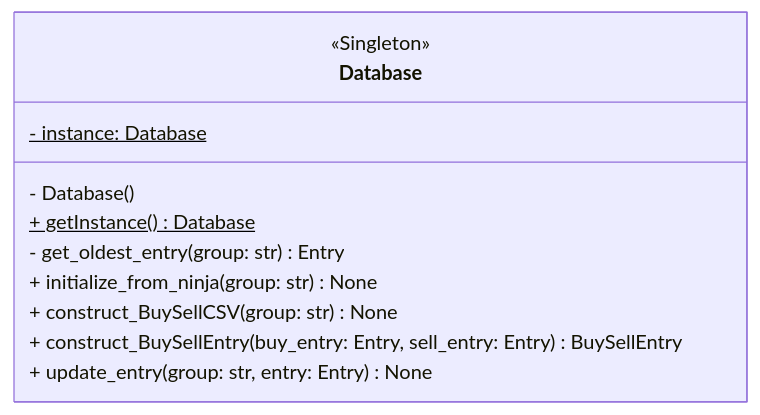
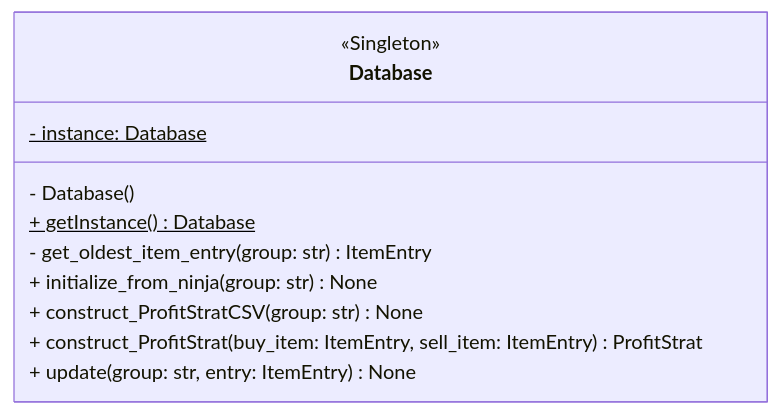
One commit to DixieSquad/weary-traveler changed diagram 13 of 16 in documentation/software-design-document.md. Above: the diagram before and after it, drawn with Mermaid. The commit also changed other lines of this file, not shown here.

Commit message:
Update design docs for v0.2.0 - Renamed Entry to ItemEntry - Renamed BuySellEntry to ProfitStrat

````diff
--- a/documentation/software-design-document.md
+++ b/documentation/software-design-document.md
@@ -446,14 +446,14 @@
 ```mermaid
 classDiagram
 class Database{
     <<Singleton>>
     - instance: Database$
     - Database()
     + getInstance() Database$
-    - get_oldest_entry(group: str) Entry
+    - get_oldest_item_entry(group: str) ItemEntry
     + initialize_from_ninja(group: str) None
-    + construct_BuySellCSV(group: str) None
-    + construct_BuySellEntry(buy_entry: Entry, sell_entry: Entry) BuySellEntry
-    + update_entry(group: str, entry: Entry) None
+    + construct_ProfitStratCSV(group: str) None
+    + construct_ProfitStrat(buy_item: ItemEntry, sell_item: ItemEntry) ProfitStrat
+    + update(group: str, entry: ItemEntry) None
 }
 ```
````
